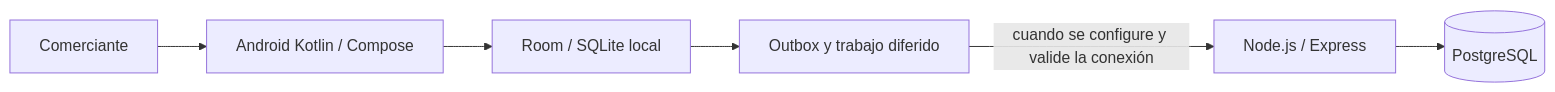
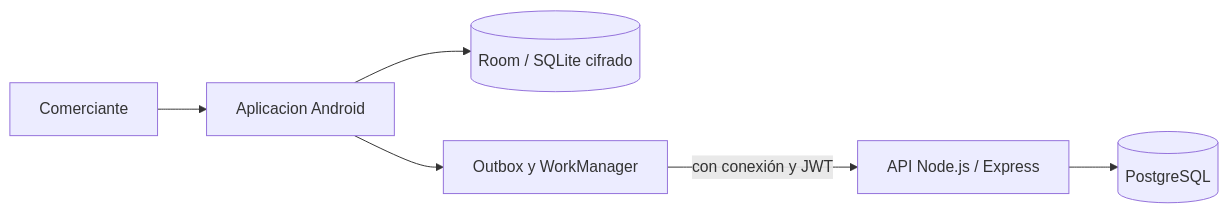
Before and after one commit to bibi567-ch/asistente-ia-mypes-vinto: the diagram in README.md, drawn with Mermaid. The commit also changed other lines of this file and 127 other files, not shown here.

````diff
--- a/README.md
+++ b/README.md
@@ -29,8 +27,8 @@
 ```mermaid
 flowchart LR
-  U[Comerciante] --> A[Android Kotlin / Compose]
-  A --> L[Room / SQLite local]
-  L --> O[Outbox y trabajo diferido]
-  O -->|cuando se configure y valide la conexión| API[Node.js / Express]
+  U[Comerciante] --> A[Aplicacion Android]
+  A --> L[(Room / SQLite cifrado)]
+  A --> O[Outbox y WorkManager]
+  O -->|con conexión y JWT| API[API Node.js / Express]
   API --> PG[(PostgreSQL)]
 ```
````
